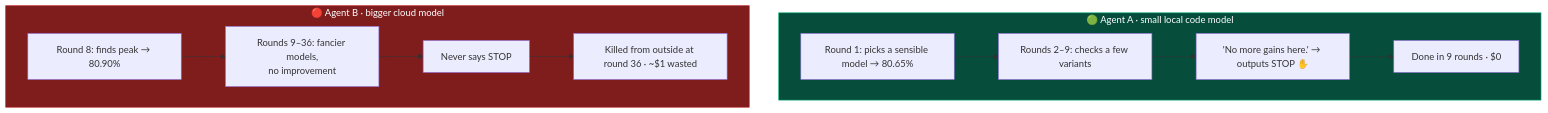
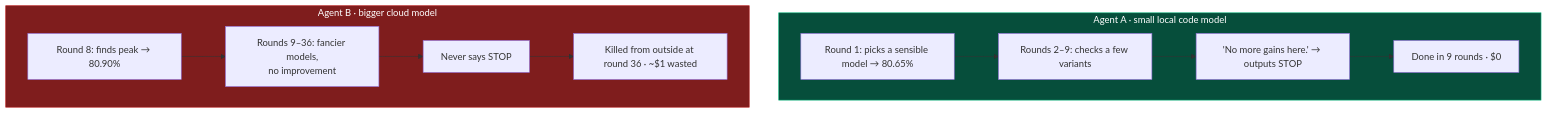
One commit to m4vic/Autopilot-zero-to-hero changed the diagram in book/03-the-stopping-problem.md. Above: the diagram before and after it, drawn with Mermaid. The commit also changed other lines of this file and 15 other files, not shown here.

````diff
--- a/book/03-the-stopping-problem.md
+++ b/book/03-the-stopping-problem.md
@@ -43,12 +43,12 @@
 ```mermaid
-flowchart TB
-    subgraph A["🟢 Agent A · small local code model"]
-        A1["Round 1: picks a sensible model → 80.65%"] --> A2["Rounds 2–9: checks a few variants"] --> A3["'No more gains here.' → outputs STOP ✋"] --> A4["Done in 9 rounds · $0"]
-    end
-    subgraph B["🔴 Agent B · bigger cloud model"]
+    flowchart TB
+    subgraph A["Agent A · small local code model"]
+        A1["Round 1: picks a sensible model → 80.65%"] --> A2["Rounds 2–9: checks a few variants"] --> A3["'No more gains here.' → outputs STOP "] --> A4["Done in 9 rounds · $0"]
+end
+    subgraph B["Agent B · bigger cloud model"]
         B1["Round 8: finds peak → 80.90%"] --> B2["Rounds 9–36: fancier models,<br/>no improvement"] --> B3["Never says STOP"] --> B4["Killed from outside at round 36 · ~$1 wasted"]
-    end
+end
 
     style A fill:#064e3b,stroke:#10b981,color:#fff
     style B fill:#7f1d1d,stroke:#b91c1c,color:#fff
 ```
````
